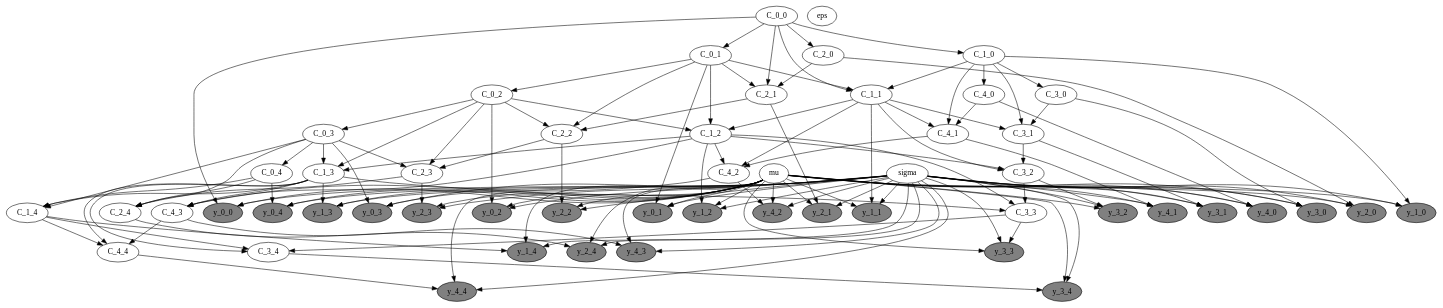
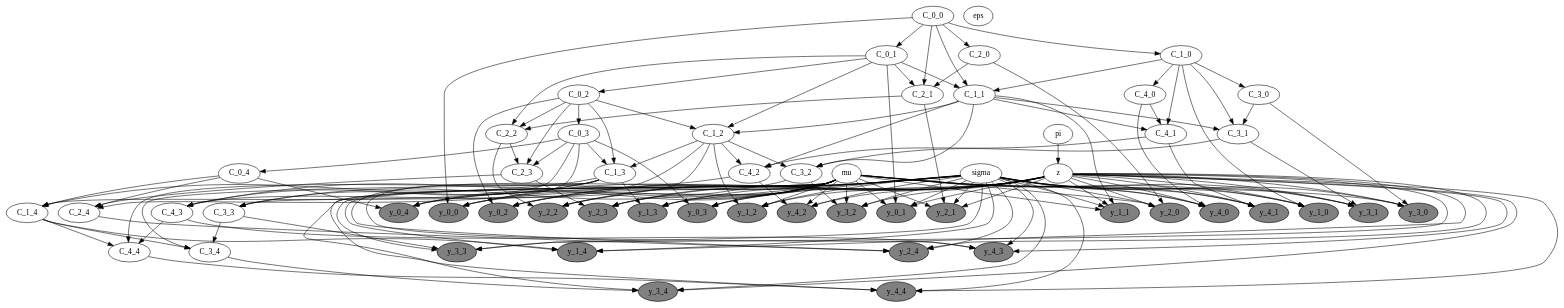
Before and after one commit to Lagergren-Lab/victree: the diagram in fig/graph.gv, drawn with Graphviz. The commit also changed 2 other files, not shown here.

```diff
--- a/fig/graph.gv
+++ b/fig/graph.gv
@@ -2,6 +2,8 @@
 	mu [label=mu fillcolor=white shape=ellipse style=filled]
 	sigma [label=sigma fillcolor=white shape=ellipse style=filled]
 	eps [label=eps fillcolor=white shape=ellipse style=filled]
+	pi [label=pi fillcolor=white shape=ellipse style=filled]
+	z [label=z fillcolor=white shape=ellipse style=filled]
 	C_0_0 [label=C_0_0 fillcolor=white shape=ellipse style=filled]
 	y_0_0 [label=y_0_0 fillcolor=grey shape=ellipse style=filled]
 	C_0_1 [label=C_0_1 fillcolor=white shape=ellipse style=filled]
@@ -52,135 +54,161 @@
 	y_2_3 [label=y_2_3 fillcolor=grey shape=ellipse style=filled]
 	C_2_4 [label=C_2_4 fillcolor=white shape=ellipse style=filled]
 	y_2_4 [label=y_2_4 fillcolor=grey shape=ellipse style=filled]
+	pi -> z
 	mu -> y_0_0
+	z -> y_0_0
 	C_0_0 -> y_0_0
 	sigma -> y_0_0
 	C_0_0 -> C_0_1
 	mu -> y_0_1
+	z -> y_0_1
+	sigma -> y_0_1
 	C_0_1 -> y_0_1
-	sigma -> y_0_1
 	C_0_1 -> C_0_2
+	C_0_2 -> y_0_2
+	z -> y_0_2
+	sigma -> y_0_2
 	mu -> y_0_2
-	C_0_2 -> y_0_2
-	sigma -> y_0_2
 	C_0_2 -> C_0_3
 	mu -> y_0_3
+	z -> y_0_3
+	sigma -> y_0_3
 	C_0_3 -> y_0_3
-	sigma -> y_0_3
 	C_0_3 -> C_0_4
 	C_0_4 -> y_0_4
+	sigma -> y_0_4
+	z -> y_0_4
 	mu -> y_0_4
-	sigma -> y_0_4
 	C_0_0 -> C_1_0
 	mu -> y_1_0
 	C_1_0 -> y_1_0
+	z -> y_1_0
 	sigma -> y_1_0
-	C_0_1 -> C_1_1
 	C_0_0 -> C_1_1
 	C_1_0 -> C_1_1
+	C_0_1 -> C_1_1
+	C_1_1 -> y_1_1
+	z -> y_1_1
+	sigma -> y_1_1
 	mu -> y_1_1
-	C_1_1 -> y_1_1
-	sigma -> y_1_1
 	C_1_1 -> C_1_2
 	C_0_1 -> C_1_2
 	C_0_2 -> C_1_2
+	C_1_2 -> y_1_2
 	mu -> y_1_2
-	C_1_2 -> y_1_2
+	z -> y_1_2
 	sigma -> y_1_2
+	C_1_2 -> C_1_3
+	C_0_2 -> C_1_3
 	C_0_3 -> C_1_3
-	C_0_2 -> C_1_3
-	C_1_2 -> C_1_3
 	mu -> y_1_3
 	C_1_3 -> y_1_3
+	z -> y_1_3
 	sigma -> y_1_3
 	C_0_4 -> C_1_4
 	C_0_3 -> C_1_4
 	C_1_3 -> C_1_4
+	mu -> y_1_4
+	z -> y_1_4
 	sigma -> y_1_4
-	mu -> y_1_4
 	C_1_4 -> y_1_4
 	C_1_0 -> C_3_0
+	C_3_0 -> y_3_0
+	z -> y_3_0
 	sigma -> y_3_0
 	mu -> y_3_0
-	C_3_0 -> y_3_0
+	C_1_1 -> C_3_1
 	C_3_0 -> C_3_1
 	C_1_0 -> C_3_1
-	C_1_1 -> C_3_1
 	mu -> y_3_1
+	z -> y_3_1
+	sigma -> y_3_1
 	C_3_1 -> y_3_1
-	sigma -> y_3_1
+	C_1_1 -> C_3_2
+	C_1_2 -> C_3_2
 	C_3_1 -> C_3_2
-	C_1_2 -> C_3_2
-	C_1_1 -> C_3_2
+	C_3_2 -> y_3_2
 	mu -> y_3_2
-	C_3_2 -> y_3_2
+	z -> y_3_2
 	sigma -> y_3_2
 	C_3_2 -> C_3_3
 	C_1_2 -> C_3_3
 	C_1_3 -> C_3_3
+	mu -> y_3_3
+	z -> y_3_3
 	sigma -> y_3_3
-	mu -> y_3_3
 	C_3_3 -> y_3_3
 	C_1_4 -> C_3_4
+	C_1_3 -> C_3_4
 	C_3_3 -> C_3_4
-	C_1_3 -> C_3_4
+	C_3_4 -> y_3_4
 	mu -> y_3_4
-	C_3_4 -> y_3_4
+	z -> y_3_4
 	sigma -> y_3_4
 	C_1_0 -> C_4_0
 	mu -> y_4_0
+	z -> y_4_0
 	C_4_0 -> y_4_0
 	sigma -> y_4_0
 	C_4_0 -> C_4_1
+	C_1_1 -> C_4_1
 	C_1_0 -> C_4_1
-	C_1_1 -> C_4_1
 	C_4_1 -> y_4_1
 	mu -> y_4_1
 	sigma -> y_4_1
-	C_4_1 -> C_4_2
+	z -> y_4_1
 	C_1_2 -> C_4_2
 	C_1_1 -> C_4_2
+	C_4_1 -> C_4_2
+	sigma -> y_4_2
+	z -> y_4_2
+	C_4_2 -> y_4_2
 	mu -> y_4_2
-	C_4_2 -> y_4_2
-	sigma -> y_4_2
-	C_4_2 -> C_4_3
 	C_1_2 -> C_4_3
 	C_1_3 -> C_4_3
+	C_4_2 -> C_4_3
+	C_4_3 -> y_4_3
+	z -> y_4_3
+	sigma -> y_4_3
 	mu -> y_4_3
-	C_4_3 -> y_4_3
-	sigma -> y_4_3
 	C_4_3 -> C_4_4
 	C_1_4 -> C_4_4
 	C_1_3 -> C_4_4
+	mu -> y_4_4
 	C_4_4 -> y_4_4
-	mu -> y_4_4
+	z -> y_4_4
 	sigma -> y_4_4
 	C_0_0 -> C_2_0
 	mu -> y_2_0
+	z -> y_2_0
 	C_2_0 -> y_2_0
 	sigma -> y_2_0
+	C_0_0 -> C_2_1
 	C_0_1 -> C_2_1
-	C_0_0 -> C_2_1
 	C_2_0 -> C_2_1
 	C_2_1 -> y_2_1
 	mu -> y_2_1
+	z -> y_2_1
 	sigma -> y_2_1
-	C_0_1 -> C_2_2
 	C_2_1 -> C_2_2
 	C_0_2 -> C_2_2
+	C_0_1 -> C_2_2
+	mu -> y_2_2
+	z -> y_2_2
 	sigma -> y_2_2
-	mu -> y_2_2
 	C_2_2 -> y_2_2
+	C_0_2 -> C_2_3
 	C_0_3 -> C_2_3
 	C_2_2 -> C_2_3
-	C_0_2 -> C_2_3
+	mu -> y_2_3
+	z -> y_2_3
+	sigma -> y_2_3
 	C_2_3 -> y_2_3
-	mu -> y_2_3
-	sigma -> y_2_3
+	C_0_4 -> C_2_4
+	C_0_3 -> C_2_4
 	C_2_3 -> C_2_4
-	C_0_3 -> C_2_4
-	C_0_4 -> C_2_4
+	mu -> y_2_4
+	z -> y_2_4
 	sigma -> y_2_4
-	mu -> y_2_4
 	C_2_4 -> y_2_4
 }
```
